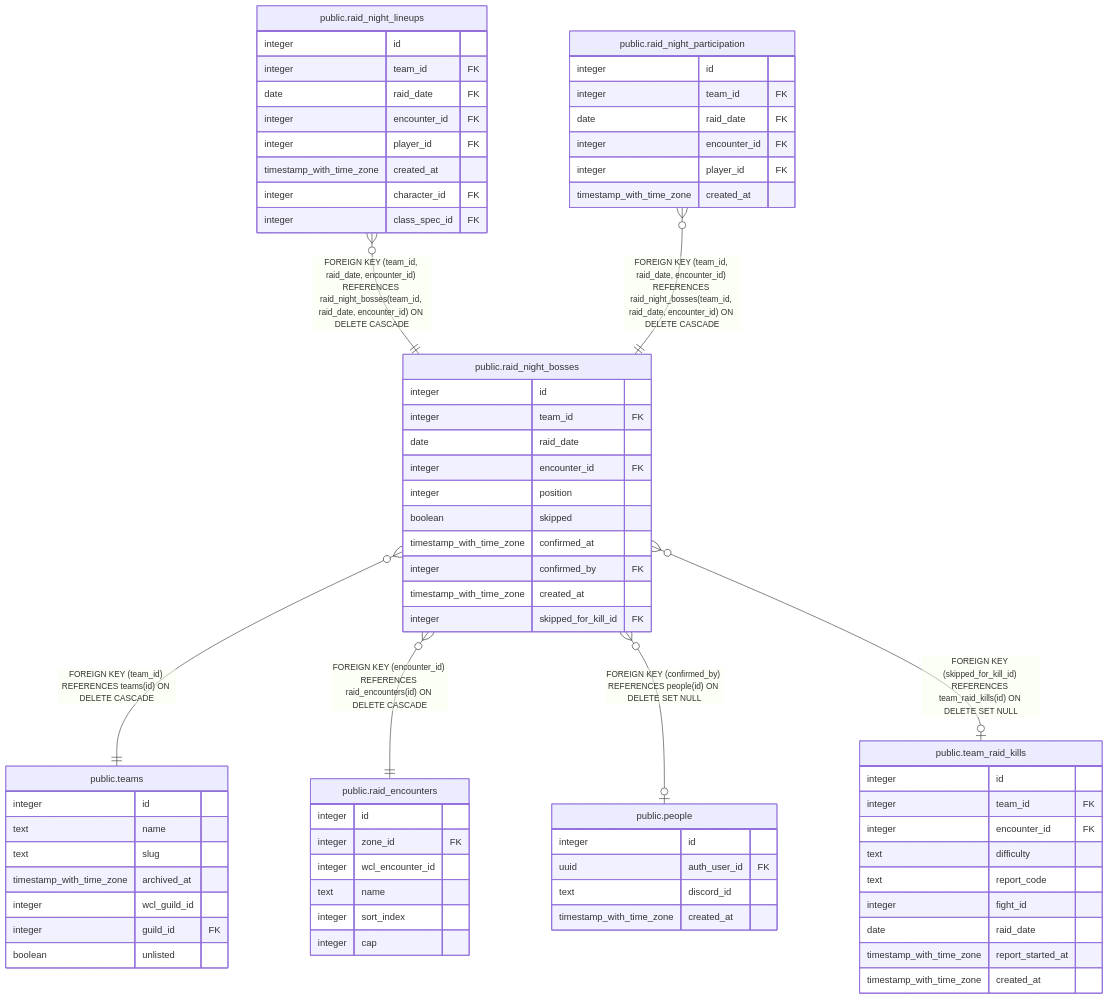
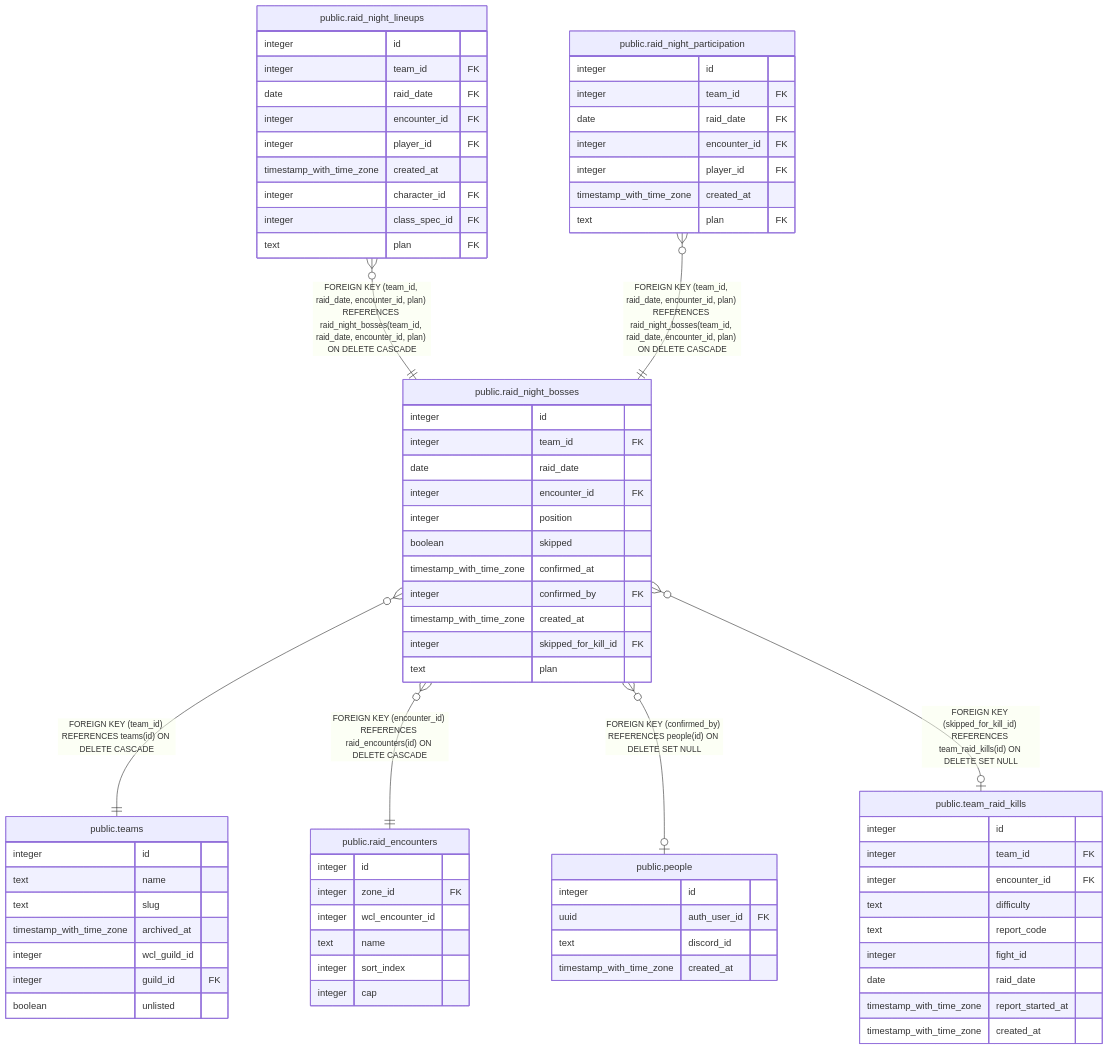
One commit to katogaming88/WGA-Raid-Hub changed the diagram in dbdoc/public.raid_night_bosses.md. Above: the diagram before and after it, drawn with Mermaid. The commit also changed other lines of this file and 42 other files, not shown here.

Commit message:
#1688: a Heroic plan and a Mythic plan for boss groups and night lineups (part 1: database, sync, Discord)

````diff
--- a/dbdoc/public.raid_night_bosses.md
+++ b/dbdoc/public.raid_night_bosses.md
@@ -46,75 +48,78 @@
 ```mermaid
 erDiagram
 
 "public.raid_night_bosses" }o--|| "public.teams" : "FOREIGN KEY (team_id) REFERENCES teams(id) ON DELETE CASCADE"
-"public.raid_night_lineups" }o--|| "public.raid_night_bosses" : "FOREIGN KEY (team_id, raid_date, encounter_id) REFERENCES raid_night_bosses(team_id, raid_date, encounter_id) ON DELETE CASCADE"
-"public.raid_night_participation" }o--|| "public.raid_night_bosses" : "FOREIGN KEY (team_id, raid_date, encounter_id) REFERENCES raid_night_bosses(team_id, raid_date, encounter_id) ON DELETE CASCADE"
+"public.raid_night_lineups" }o--|| "public.raid_night_bosses" : "FOREIGN KEY (team_id, raid_date, encounter_id, plan) REFERENCES raid_night_bosses(team_id, raid_date, encounter_id, plan) ON DELETE CASCADE"
+"public.raid_night_participation" }o--|| "public.raid_night_bosses" : "FOREIGN KEY (team_id, raid_date, encounter_id, plan) REFERENCES raid_night_bosses(team_id, raid_date, encounter_id, plan) ON DELETE CASCADE"
 "public.raid_night_bosses" }o--|| "public.raid_encounters" : "FOREIGN KEY (encounter_id) REFERENCES raid_encounters(id) ON DELETE CASCADE"
 "public.raid_night_bosses" }o--o| "public.people" : "FOREIGN KEY (confirmed_by) REFERENCES people(id) ON DELETE SET NULL"
 "public.raid_night_bosses" }o--o| "public.team_raid_kills" : "FOREIGN KEY (skipped_for_kill_id) REFERENCES team_raid_kills(id) ON DELETE SET NULL"
 
 "public.raid_night_bosses" {
   integer id
   integer team_id FK
   date raid_date
   integer encounter_id FK
   integer position
   boolean skipped
   timestamp_with_time_zone confirmed_at
   integer confirmed_by FK
   timestamp_with_time_zone created_at
   integer skipped_for_kill_id FK
+  text plan
 }
 "public.teams" {
   integer id
   text name
   text slug
   timestamp_with_time_zone archived_at
   integer wcl_guild_id
   integer guild_id FK
   boolean unlisted
 }
 "public.raid_night_lineups" {
   integer id
   integer team_id FK
   date raid_date FK
   integer encounter_id FK
   integer player_id FK
   timestamp_with_time_zone created_at
   integer character_id FK
   integer class_spec_id FK
+  text plan FK
 }
 "public.raid_night_participation" {
   integer id
   integer team_id FK
   date raid_date FK
   integer encounter_id FK
   integer player_id FK
   timestamp_with_time_zone created_at
+  text plan FK
 }
 "public.raid_encounters" {
   integer id
   integer zone_id FK
   integer wcl_encounter_id
   text name
   integer sort_index
   integer cap
 }
 "public.people" {
   integer id
   uuid auth_user_id FK
   text discord_id
   timestamp_with_time_zone created_at
 }
 "public.team_raid_kills" {
   integer id
   integer team_id FK
   integer encounter_id FK
   text difficulty
   text report_code
   integer fight_id
   date raid_date
   timestamp_with_time_zone report_started_at
   timestamp_with_time_zone created_at
 }
 ```
````
